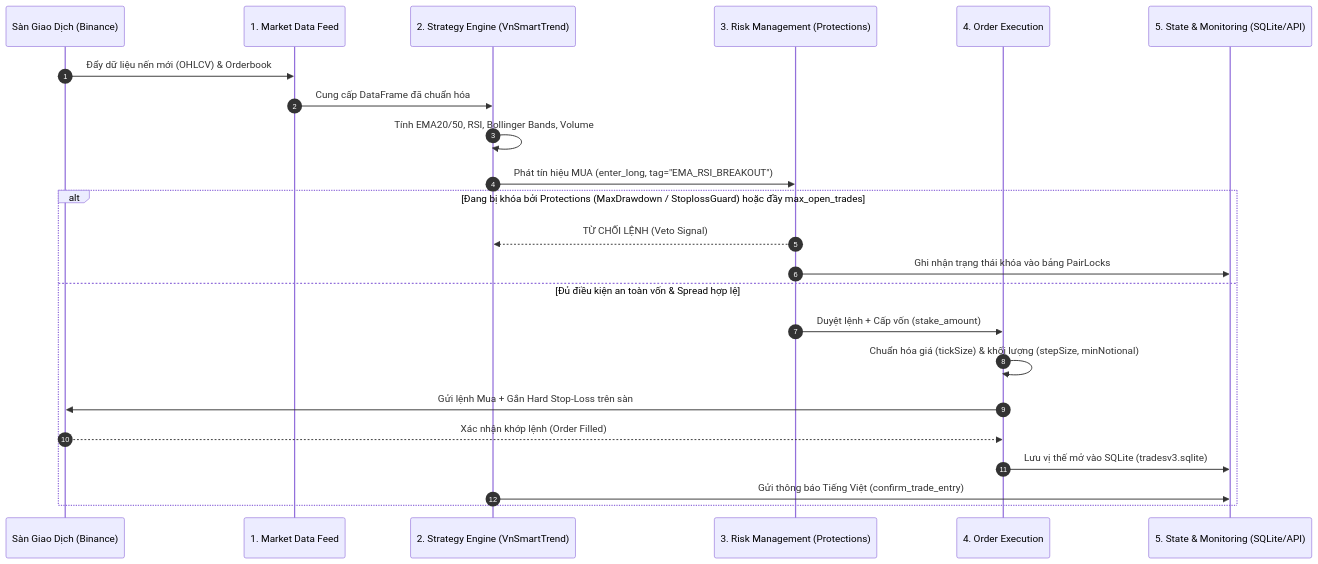
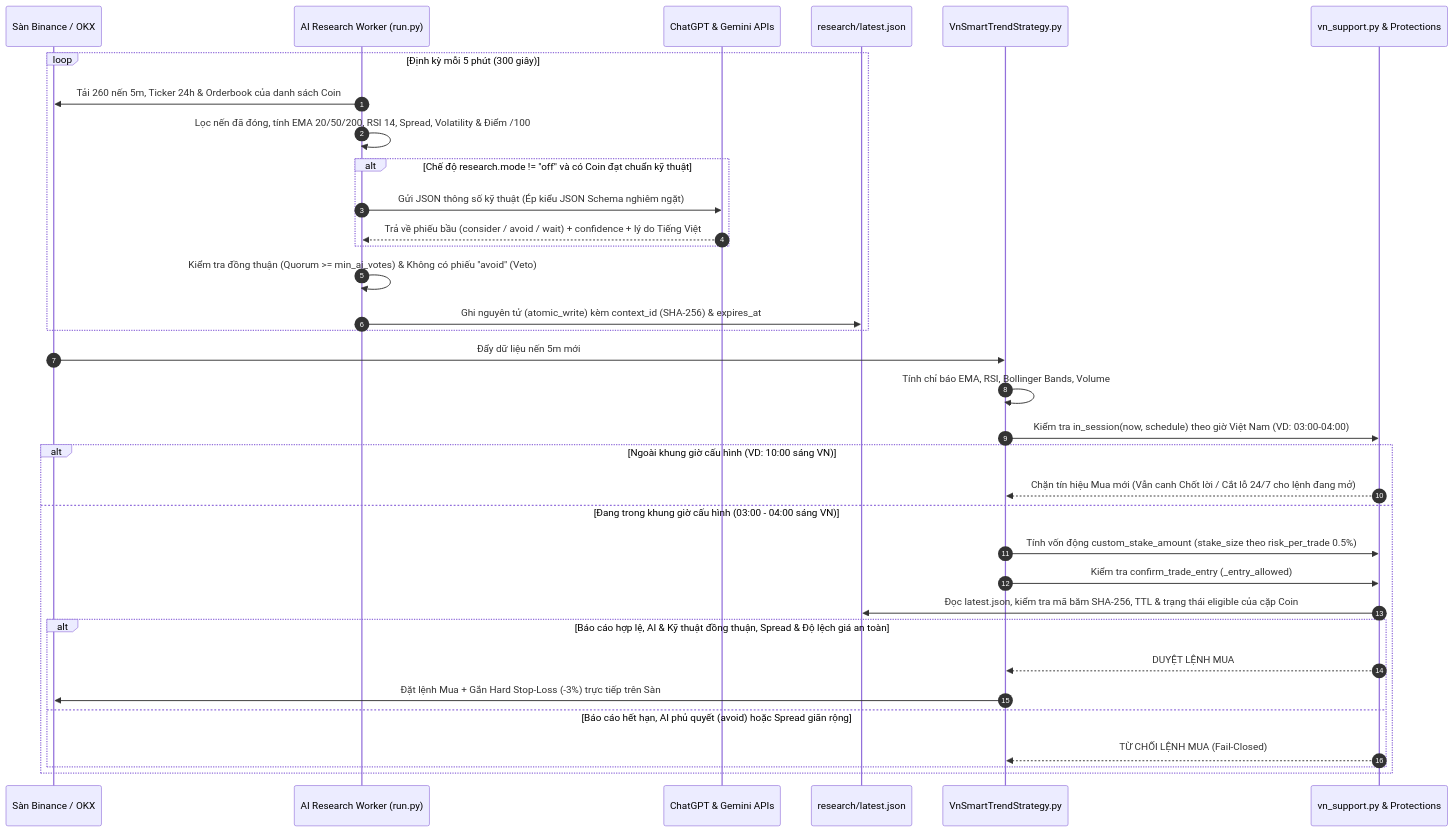
Before and after one commit to trunglc378/trade_bot: the second of 2 diagrams in docs/04-SDS-THIET-KE-HE-THONG.md, drawn with Mermaid. The commit also changed other lines of this file and 29 other files, not shown here.

Commit message:
feat: bo sung khung gio giao dich vang (03:00-04:00 VN), phan tich thi truong & de xuat coin da nguon AI (ChatGPT/Gemini), ho tro Binance/OKX va cap nhat tai lieu v2.0

````diff
--- a/docs/04-SDS-THIET-KE-HE-THONG.md
+++ b/docs/04-SDS-THIET-KE-HE-THONG.md
@@ -69,26 +65,38 @@
 ```mermaid
 sequenceDiagram
     autonumber
-    participant Sàn as Sàn Giao Dịch (Binance)
-    participant MDF as 1. Market Data Feed
-    participant STE as 2. Strategy Engine (VnSmartTrend)
-    participant RKM as 3. Risk Management (Protections)
-    participant OEX as 4. Order Execution
-    participant SAM as 5. State & Monitoring (SQLite/API)
+    participant Sàn as Sàn Binance / OKX
+    participant Res as AI Research Worker (run.py)
+    participant AI as ChatGPT & Gemini APIs
+    participant File as research/latest.json
+    participant Strat as VnSmartTrendStrategy.py
+    participant Risk as vn_support.py & Protections
 
-    Sàn->>MDF: Đẩy dữ liệu nến mới (OHLCV) & Orderbook
-    MDF->>STE: Cung cấp DataFrame đã chuẩn hóa
-    STE->>STE: Tính EMA20/50, RSI, Bollinger Bands, Volume
-    STE->>RKM: Phát tín hiệu MUA (enter_long, tag="EMA_RSI_BREAKOUT")
-    alt Đang bị khóa bởi Protections (MaxDrawdown / StoplossGuard) hoặc đầy max_open_trades
-        RKM-->>STE: TỪ CHỐI LỆNH (Veto Signal)
-        RKM->>SAM: Ghi nhận trạng thái khóa vào bảng PairLocks
-    else Đủ điều kiện an toàn vốn & Spread hợp lệ
-        RKM->>OEX: Duyệt lệnh + Cấp vốn (stake_amount)
-        OEX->>OEX: Chuẩn hóa giá (tickSize) & khối lượng (stepSize, minNotional)
-        OEX->>Sàn: Gửi lệnh Mua + Gắn Hard Stop-Loss trên sàn
-        Sàn-->>OEX: Xác nhận khớp lệnh (Order Filled)
-        OEX->>SAM: Lưu vị thế mở vào SQLite (tradesv3.sqlite)
-        STE->>SAM: Gửi thông báo Tiếng Việt (confirm_trade_entry)
+    loop Định kỳ mỗi 5 phút (300 giây)
+        Res->>Sàn: Tải 260 nến 5m, Ticker 24h & Orderbook của danh sách Coin
+        Res->>Res: Lọc nến đã đóng, tính EMA 20/50/200, RSI 14, Spread, Volatility & Điểm /100
+        alt Chế độ research.mode != "off" và có Coin đạt chuẩn kỹ thuật
+            Res->>AI: Gửi JSON thông số kỹ thuật (Ép kiểu JSON Schema nghiêm ngặt)
+            AI-->>Res: Trả về phiếu bầu (consider / avoid / wait) + confidence + lý do Tiếng Việt
+        end
+        Res->>Res: Kiểm tra đồng thuận (Quorum >= min_ai_votes) & Không có phiếu "avoid" (Veto)
+        Res->>File: Ghi nguyên tử (atomic_write) kèm context_id (SHA-256) & expires_at
+    end
+
+    Sàn->>Strat: Đẩy dữ liệu nến 5m mới
+    Strat->>Strat: Tính chỉ báo EMA, RSI, Bollinger Bands, Volume
+    Strat->>Risk: Kiểm tra in_session(now, schedule) theo giờ Việt Nam (VD: 03:00-04:00)
+    alt Ngoài khung giờ cấu hình (VD: 10:00 sáng VN)
+        Risk-->>Strat: Chặn tín hiệu Mua mới (Vẫn canh Chốt lời / Cắt lỗ 24/7 cho lệnh đang mở)
+    else Đang trong khung giờ cấu hình (03:00 - 04:00 sáng VN)
+        Strat->>Risk: Tính vốn động custom_stake_amount (stake_size theo risk_per_trade 0.5%)
+        Strat->>Risk: Kiểm tra confirm_trade_entry (_entry_allowed)
+        Risk->>File: Đọc latest.json, kiểm tra mã băm SHA-256, TTL & trạng thái eligible của cặp Coin
+        alt Báo cáo hợp lệ, AI & Kỹ thuật đồng thuận, Spread & Độ lệch giá an toàn
+            Risk-->>Strat: DUYỆT LỆNH MUA
+            Strat->>Sàn: Đặt lệnh Mua + Gắn Hard Stop-Loss (-3%) trực tiếp trên Sàn
+        else Báo cáo hết hạn, AI phủ quyết (avoid) hoặc Spread giãn rộng
+            Risk-->>Strat: TỪ CHỐI LỆNH MUA (Fail-Closed)
+        end
     end
 ```
````
